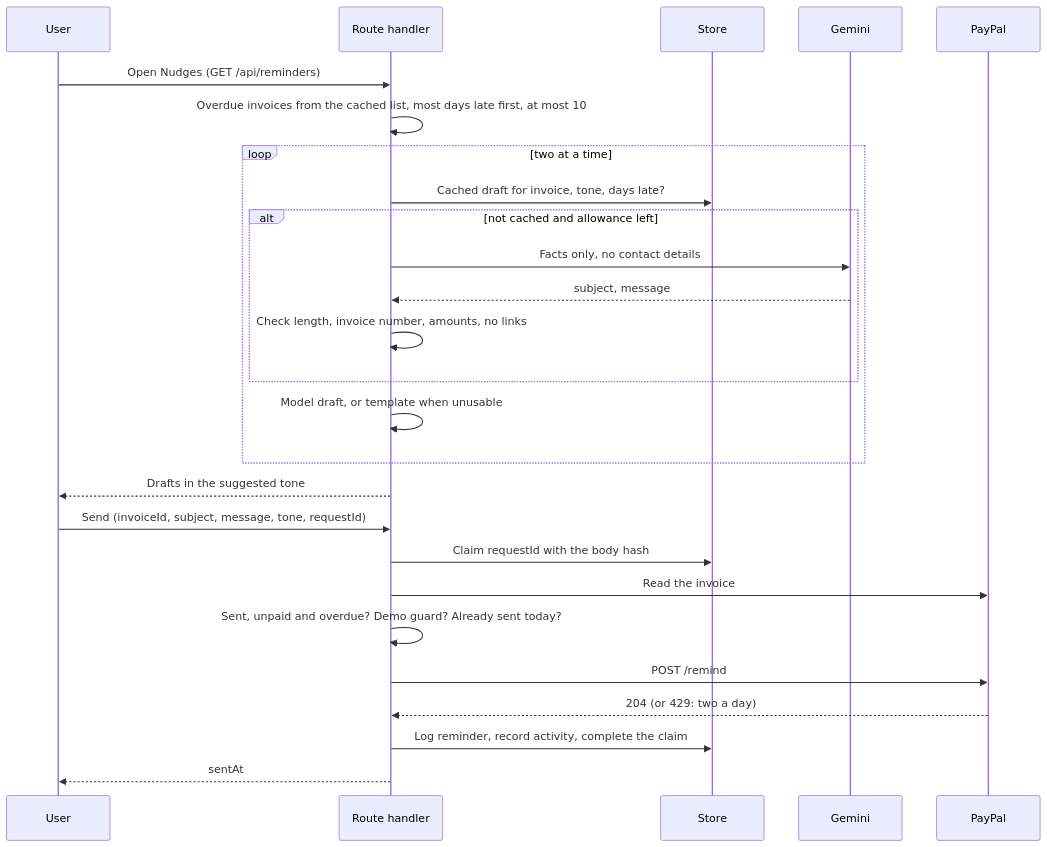
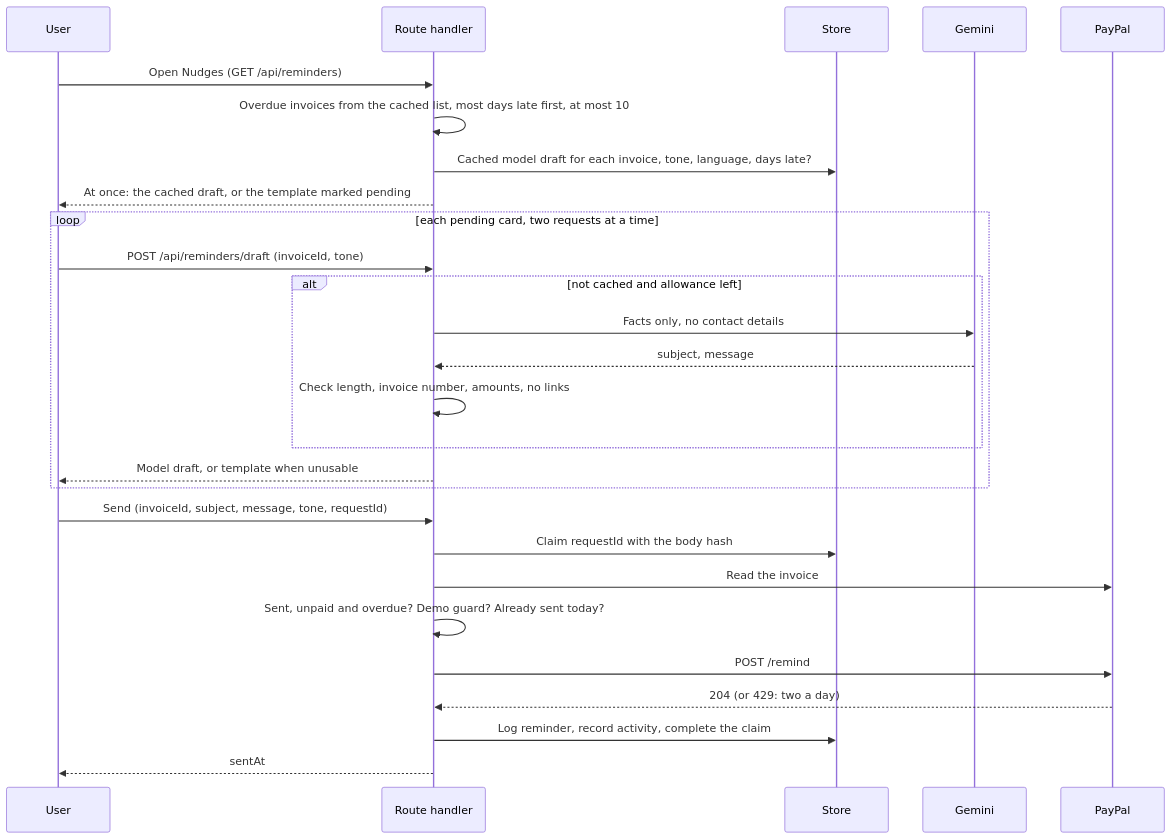
Before and after one commit to rishibhaskar777/dueline: the third of 4 diagrams in docs/architecture.md, drawn with Mermaid. The commit also changed other lines of this file and 2 other files, not shown here.

````diff
--- a/docs/architecture.md
+++ b/docs/architecture.md
@@ -446,28 +458,29 @@
 ```mermaid
 sequenceDiagram
   participant U as User
   participant R as Route handler
   participant S as Store
   participant G as Gemini
   participant P as PayPal
   U->>R: Open Nudges (GET /api/reminders)
   R->>R: Overdue invoices from the cached list, most days late first, at most 10
-  loop two at a time
-    R->>S: Cached draft for invoice, tone, days late?
+  R->>S: Cached model draft for each invoice, tone, language, days late?
+  R-->>U: At once: the cached draft, or the template marked pending
+  loop each pending card, two requests at a time
+    U->>R: POST /api/reminders/draft (invoiceId, tone)
     alt not cached and allowance left
       R->>G: Facts only, no contact details
       G-->>R: subject, message
       R->>R: Check length, invoice number, amounts, no links
     end
-    R->>R: Model draft, or template when unusable
+    R-->>U: Model draft, or template when unusable
   end
-  R-->>U: Drafts in the suggested tone
   U->>R: Send (invoiceId, subject, message, tone, requestId)
   R->>S: Claim requestId with the body hash
   R->>P: Read the invoice
   R->>R: Sent, unpaid and overdue? Demo guard? Already sent today?
   R->>P: POST /remind
   P-->>R: 204 (or 429: two a day)
   R->>S: Log reminder, record activity, complete the claim
   R-->>U: sentAt
 ```
````
